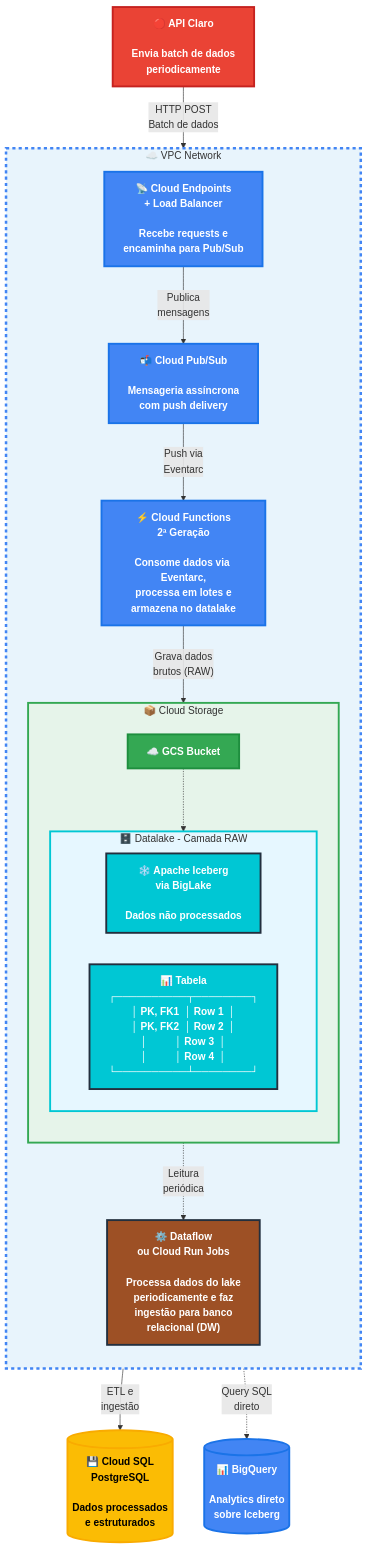
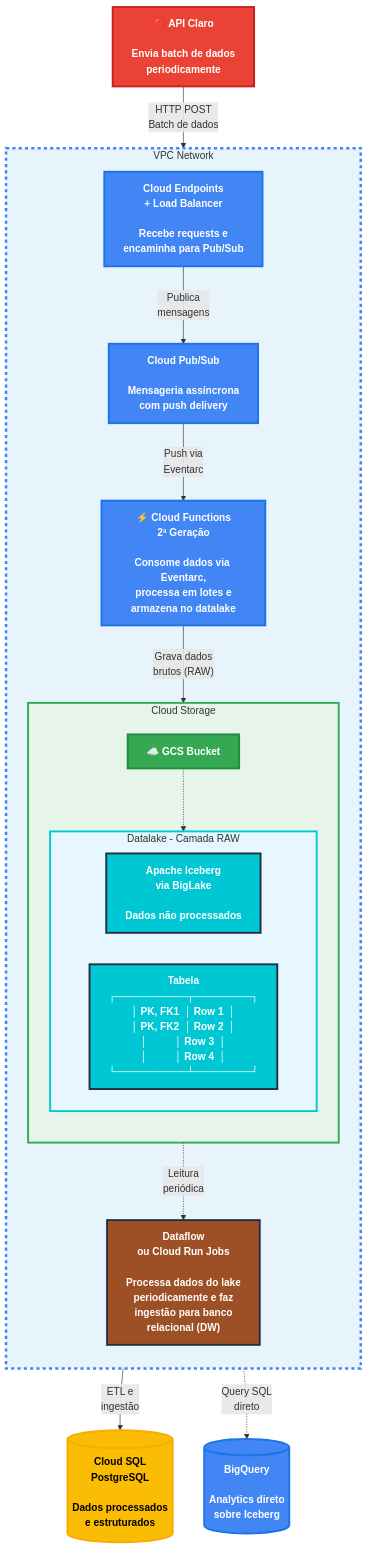
One commit to matheusjorgerosa/g02-github changed the second of 3 diagrams in docs/docs/Sprint 2/Atualização de Arquitetura/arquitetura-aplicacao-gcp.md. Above: the diagram before and after it, drawn with Mermaid. The commit also changed other lines of this file, not shown here.

Commit message:
docs: minor changes

````diff
--- a/docs/docs/Sprint 2/Atualização de Arquitetura/arquitetura-aplicacao-gcp.md
+++ b/docs/docs/Sprint 2/Atualização de Arquitetura/arquitetura-aplicacao-gcp.md
@@ -82,62 +82,62 @@
 ```mermaid
 graph TB
     %% Definição de estilos GCP
     classDef gcpBlue fill:#4285F4,stroke:#1a73e8,stroke-width:3px,color:#fff,font-weight:bold
     classDef gcpGreen fill:#34A853,stroke:#1e8e3e,stroke-width:3px,color:#fff,font-weight:bold
     classDef gcpYellow fill:#FBBC04,stroke:#f9ab00,stroke-width:3px,color:#000,font-weight:bold
     classDef external fill:#EA4335,stroke:#c5221f,stroke-width:3px,color:#fff,font-weight:bold
     classDef iceberg fill:#00C7D4,stroke:#232F3E,stroke-width:3px,color:#fff,font-weight:bold
     classDef worker fill:#9D5025,stroke:#232F3E,stroke-width:3px,color:#fff,font-weight:bold
 
     %% API Externa
     CLARO["🔴 API Claro<br/><br/>Envia batch de dados<br/>periodicamente"]:::external
 
     %% VPC Container
-    subgraph VPC["☁️ VPC Network"]
+    subgraph VPC["VPC Network"]
         direction TB
 
         %% Camada de Entrada
-        API["📡 Cloud Endpoints<br/>+ Load Balancer<br/><br/>Recebe requests e<br/>encaminha para Pub/Sub"]:::gcpBlue
+        API["Cloud Endpoints<br/>+ Load Balancer<br/><br/>Recebe requests e<br/>encaminha para Pub/Sub"]:::gcpBlue
 
         %% Camada de Processamento
-        PUBSUB["📬 Cloud Pub/Sub<br/><br/>Mensageria assíncrona<br/>com push delivery"]:::gcpBlue
+        PUBSUB["Cloud Pub/Sub<br/><br/>Mensageria assíncrona<br/>com push delivery"]:::gcpBlue
 
         FUNCTIONS["⚡ Cloud Functions<br/>2ª Geração<br/><br/>Consome dados via Eventarc,<br/>processa em lotes e<br/>armazena no datalake"]:::gcpBlue
 
         %% Camada de Armazenamento
-        subgraph GCS_LAYER["📦 Cloud Storage"]
+        subgraph GCS_LAYER["Cloud Storage"]
             direction TB
             GCS["☁️ GCS Bucket"]:::gcpGreen
 
-            subgraph DATALAKE["🗄️ Datalake - Camada RAW"]
+            subgraph DATALAKE["Datalake - Camada RAW"]
                 direction LR
-                ICEBERG["❄️ Apache Iceberg<br/>via BigLake<br/><br/>Dados não processados"]:::iceberg
-                TABLE["📊 Tabela<br/>┌──────────┬────────┐<br/>│ PK, FK1  │ Row 1  │<br/>│ PK, FK2  │ Row 2  │<br/>│          │ Row 3  │<br/>│          │ Row 4  │<br/>└──────────┴────────┘"]:::iceberg
+                ICEBERG["Apache Iceberg<br/>via BigLake<br/><br/>Dados não processados"]:::iceberg
+                TABLE["Tabela<br/>┌──────────┬────────┐<br/>│ PK, FK1  │ Row 1  │<br/>│ PK, FK2  │ Row 2  │<br/>│          │ Row 3  │<br/>│          │ Row 4  │<br/>└──────────┴────────┘"]:::iceberg
             end
         end
 
         %% Worker
-        WORKER["⚙️ Dataflow<br/>ou Cloud Run Jobs<br/><br/>Processa dados do lake<br/>periodicamente e faz<br/>ingestão para banco<br/>relacional (DW)"]:::worker
+        WORKER["Dataflow<br/>ou Cloud Run Jobs<br/><br/>Processa dados do lake<br/>periodicamente e faz<br/>ingestão para banco<br/>relacional (DW)"]:::worker
     end
 
     %% Banco de Destino
-    DB[("💾 Cloud SQL<br/>PostgreSQL<br/><br/>Dados processados<br/>e estruturados")]:::gcpYellow
+    DB[("Cloud SQL<br/>PostgreSQL<br/><br/>Dados processados<br/>e estruturados")]:::gcpYellow
 
     %% BigQuery para Analytics
-    BQ[("📊 BigQuery<br/><br/>Analytics direto<br/>sobre Iceberg")]:::gcpBlue
+    BQ[("BigQuery<br/><br/>Analytics direto<br/>sobre Iceberg")]:::gcpBlue
 
     %% Fluxos
     CLARO -->|"HTTP POST<br/>Batch de dados"| API
     API -->|"Publica<br/>mensagens"| PUBSUB
     PUBSUB -->|"Push via<br/>Eventarc"| FUNCTIONS
     FUNCTIONS -->|"Grava dados<br/>brutos (RAW)"| GCS
     GCS -.-> DATALAKE
     DATALAKE -.->|"Leitura<br/>periódica"| WORKER
     DATALAKE -.->|"Query SQL<br/>direto"| BQ
     WORKER -->|"ETL e<br/>ingestão"| DB
 
     %% Estilo da VPC
     style VPC fill:#E8F4FC,stroke:#4285F4,stroke-width:4px,stroke-dasharray: 5 5
     style GCS_LAYER fill:#E6F4EA,stroke:#34A853,stroke-width:3px
     style DATALAKE fill:#E6F7FF,stroke:#00C7D4,stroke-width:3px
 ```
````
